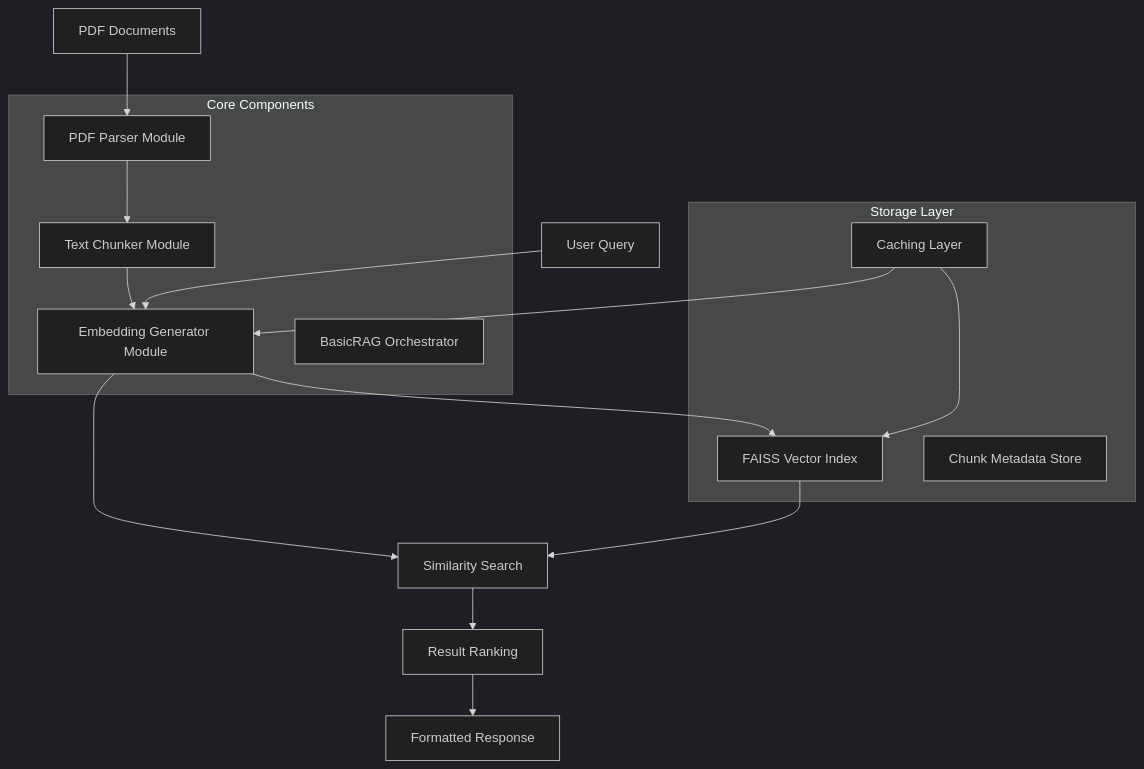
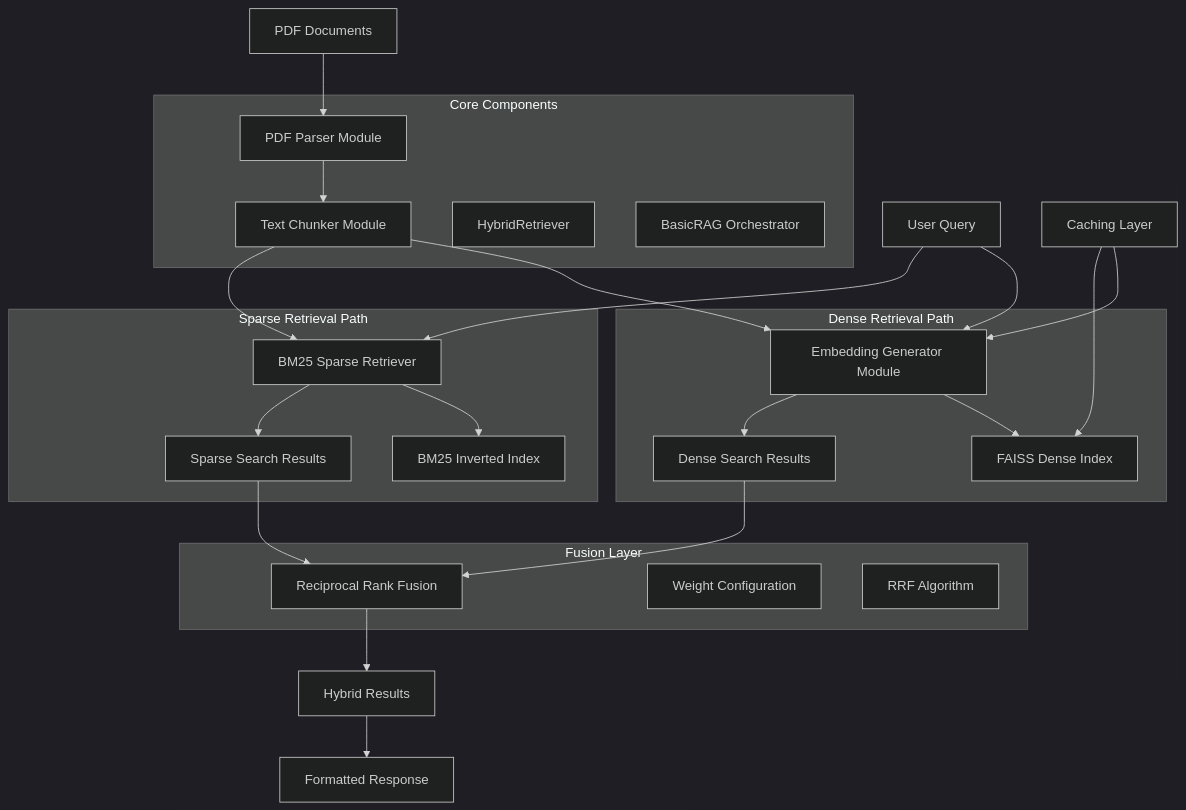
Before and after one commit to apassuello/technical-rag-system: the first of 2 diagrams in docs/TECHNICAL_DESIGN.md, drawn with Mermaid (dark theme). The commit also changed other lines of this file, not shown here.

````diff
--- a/docs/TECHNICAL_DESIGN.md
+++ b/docs/TECHNICAL_DESIGN.md
@@ -49,29 +54,46 @@
 ```mermaid
 graph TB
     A[PDF Documents] --> B[PDF Parser Module]
     B --> C[Text Chunker Module]
     C --> D[Embedding Generator Module]
-    D --> E[FAISS Vector Index]
+    C --> E[BM25 Sparse Retriever]
+    D --> F[FAISS Dense Index]
+    E --> G[BM25 Inverted Index]
     
-    F[User Query] --> D
-    D --> G[Similarity Search]
-    E --> G
-    G --> H[Result Ranking]
-    H --> I[Formatted Response]
+    H[User Query] --> D
+    H --> E
+    D --> I[Dense Search Results]
+    E --> J[Sparse Search Results]
+    I --> K[Reciprocal Rank Fusion]
+    J --> K
+    K --> L[Hybrid Results]
+    L --> M[Formatted Response]
     
-    J[Caching Layer] --> D
-    J --> E
+    N[Caching Layer] --> D
+    N --> F
+    
+    subgraph "Dense Retrieval Path"
+        D
+        F
+        I
+    end
+    
+    subgraph "Sparse Retrieval Path"
+        E
+        G
+        J
+    end
+    
+    subgraph "Fusion Layer"
+        K
+        O[Weight Configuration]
+        P[RRF Algorithm]
+    end
     
     subgraph "Core Components"
         B
         C
-        D
-        K[BasicRAG Orchestrator]
-    end
-    
-    subgraph "Storage Layer"
-        E
-        L[Chunk Metadata Store]
-        J
+        Q[HybridRetriever]
+        R[BasicRAG Orchestrator]
     end
 ```
````
